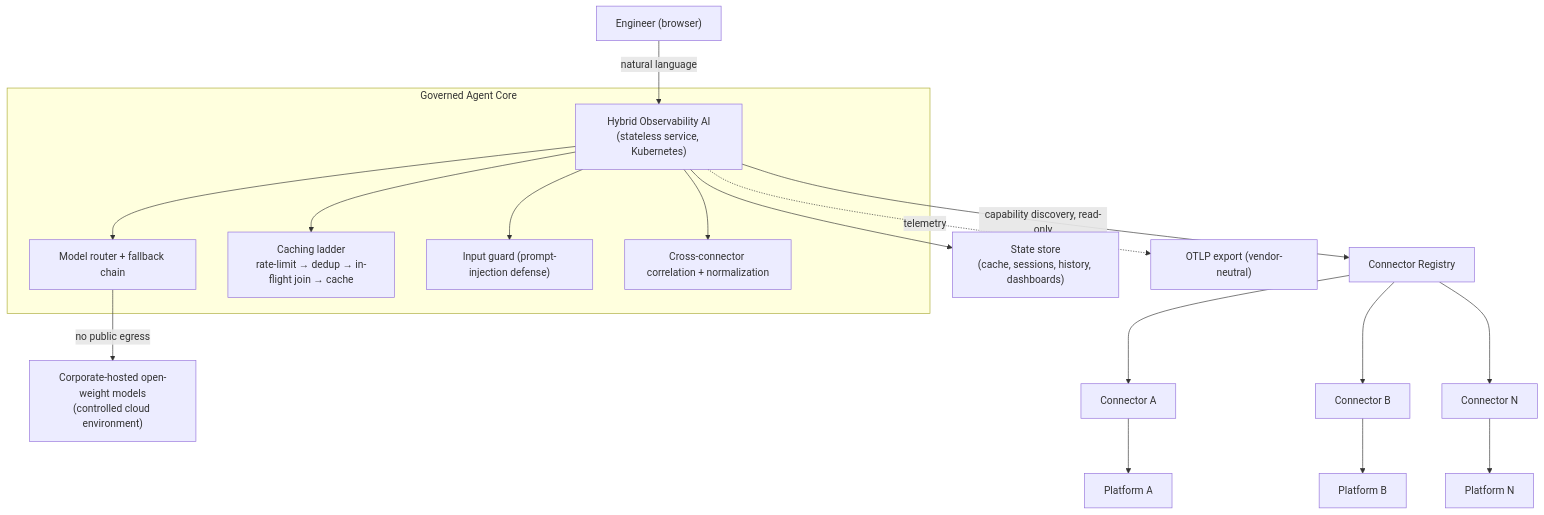
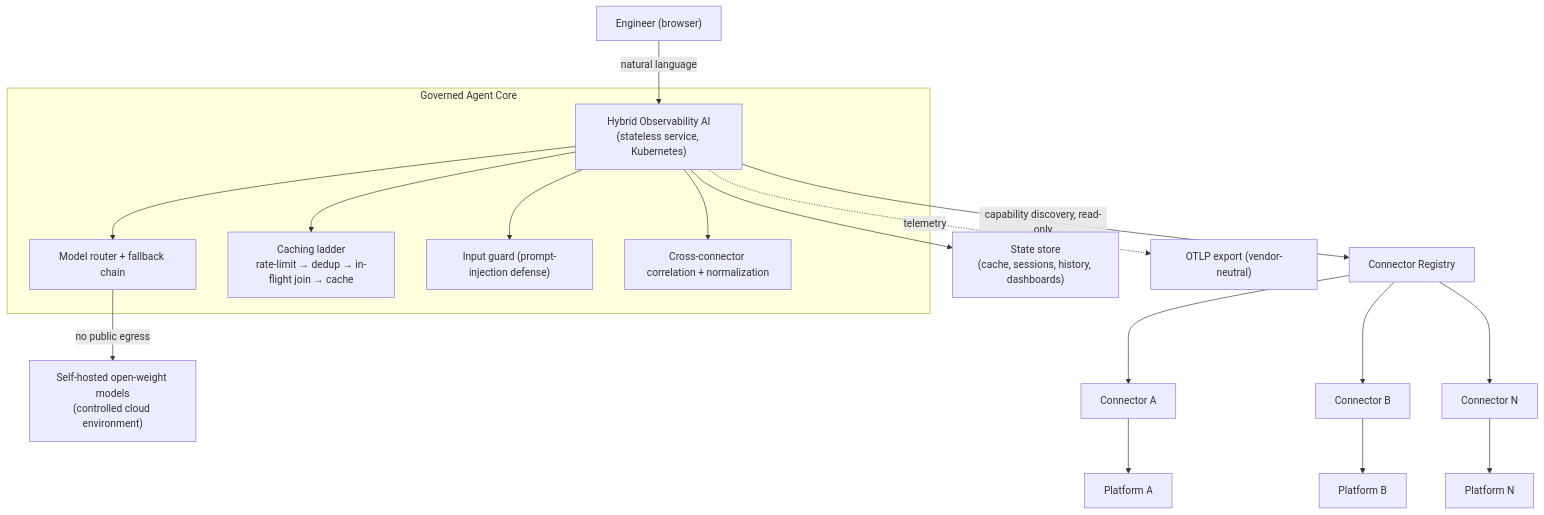
Before and after one commit to svemurilv/hybrid-observability-ai: the second of 3 diagrams in WHITEPAPER.md, drawn with Mermaid. The commit also changed other lines of this file and 12 other files, not shown here.

````diff
--- a/WHITEPAPER.md
+++ b/WHITEPAPER.md
@@ -122,17 +124,17 @@
 ```mermaid
 flowchart TB
   U["Engineer (browser)"] -->|natural language| APP["Hybrid Observability AI<br/>(stateless service, Kubernetes)"]
   subgraph Core["Governed Agent Core"]
     APP --> ROUTER["Model router + fallback chain"]
     APP --> CACHE["Caching ladder<br/>rate-limit → dedup → in-flight join → cache"]
     APP --> GUARD["Input guard (prompt-injection defense)"]
     APP --> CORR["Cross-connector correlation + normalization"]
   end
-  ROUTER -->|no public egress| LLM["Corporate-hosted open-weight models<br/>(controlled cloud environment)"]
+  ROUTER -->|no public egress| LLM["Self-hosted open-weight models<br/>(controlled cloud environment)"]
   APP -->|capability discovery, read-only| REG["Connector Registry"]
   REG --> C1["Connector A"] --> P1["Platform A"]
   REG --> C2["Connector B"] --> P2["Platform B"]
   REG --> C3["Connector N"] --> P3["Platform N"]
   APP --> STORE["State store<br/>(cache, sessions, history, dashboards)"]
   APP -.telemetry.-> OTEL["OTLP export (vendor-neutral)"]
 ```
````
